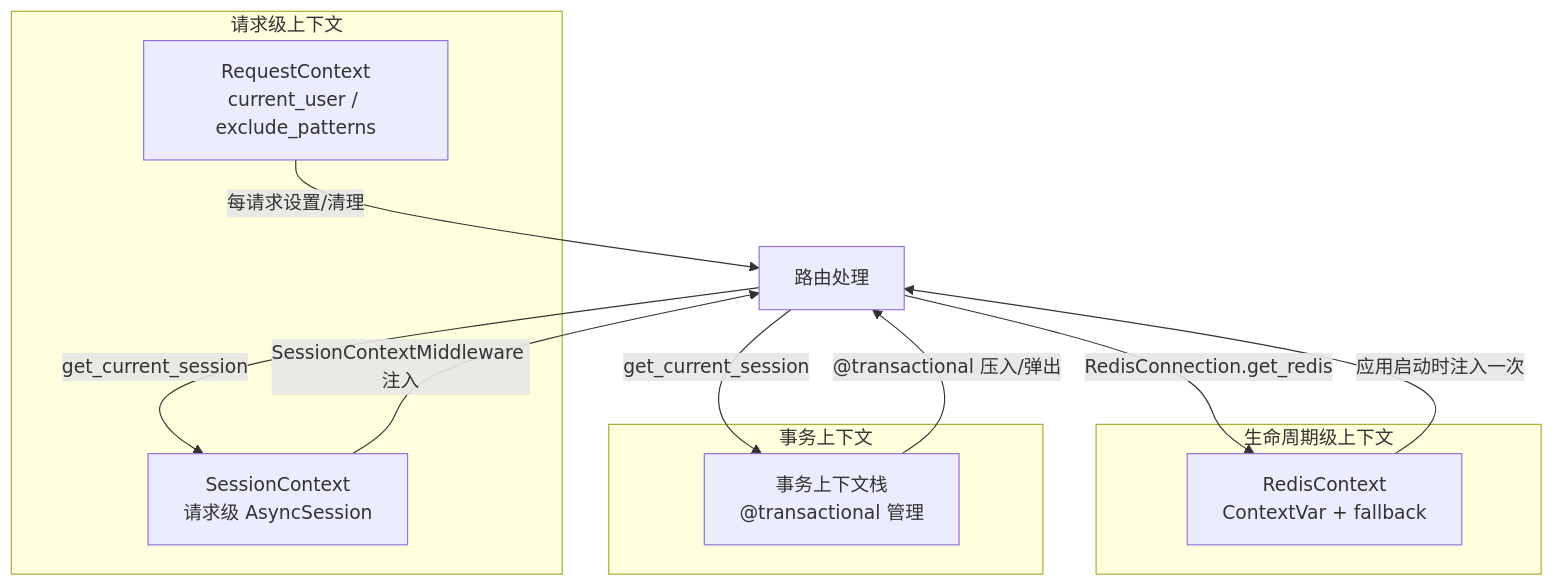
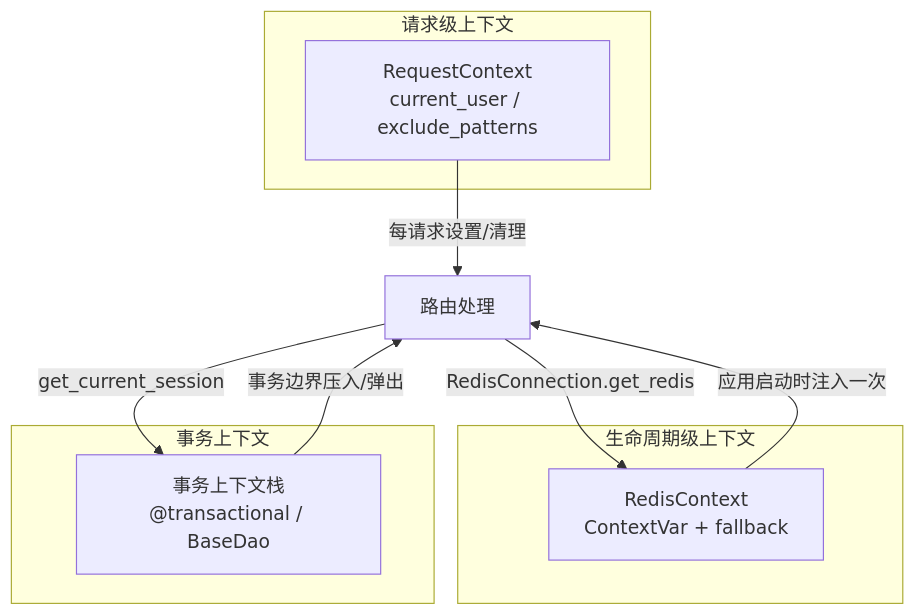
The first of 6 diagrams in docs/infrastructure/Redis与数据库基础设施.md (jiangwch03/knowledge), drawn with Mermaid before and after one commit. The commit also changed other lines of this file and 75 other files, not shown here.

First line of the commit message:
feat(dao): BaseDao 隐式短事务并移除非事务 Session 注入

````diff
--- a/docs/infrastructure/Redis与数据库基础设施.md
+++ b/docs/infrastructure/Redis与数据库基础设施.md
@@ -7,24 +7,21 @@
 ```mermaid
 graph TB
     subgraph 请求级上下文
         ReqCtx["RequestContext<br/>current_user / exclude_patterns"]
-        SessCtx["SessionContext<br/>请求级 AsyncSession"]
     end
 
     subgraph 生命周期级上下文
         RedisCtx["RedisContext<br/>ContextVar + fallback"]
     end
 
     subgraph 事务上下文
-        TxStack["事务上下文栈<br/>@transactional 管理"]
+        TxStack["事务上下文栈<br/>@transactional / BaseDao"]
     end
 
     ReqCtx -->|"每请求设置/清理"| Handler["路由处理"]
-    SessCtx -->|"SessionContextMiddleware 注入"| Handler
     RedisCtx -->|"应用启动时注入一次"| Handler
-    TxStack -->|"@transactional 压入/弹出"| Handler
+    TxStack -->|"事务边界压入/弹出"| Handler
 
-    Handler -->|"get_current_session"| SessCtx
     Handler -->|"get_current_session"| TxStack
     Handler -->|"RedisConnection.get_redis"| RedisCtx
 ```
````
